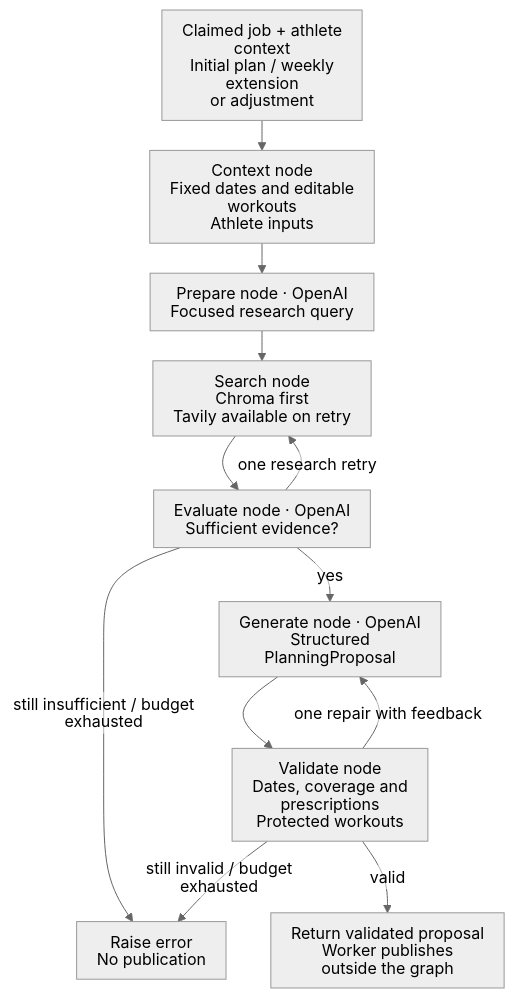
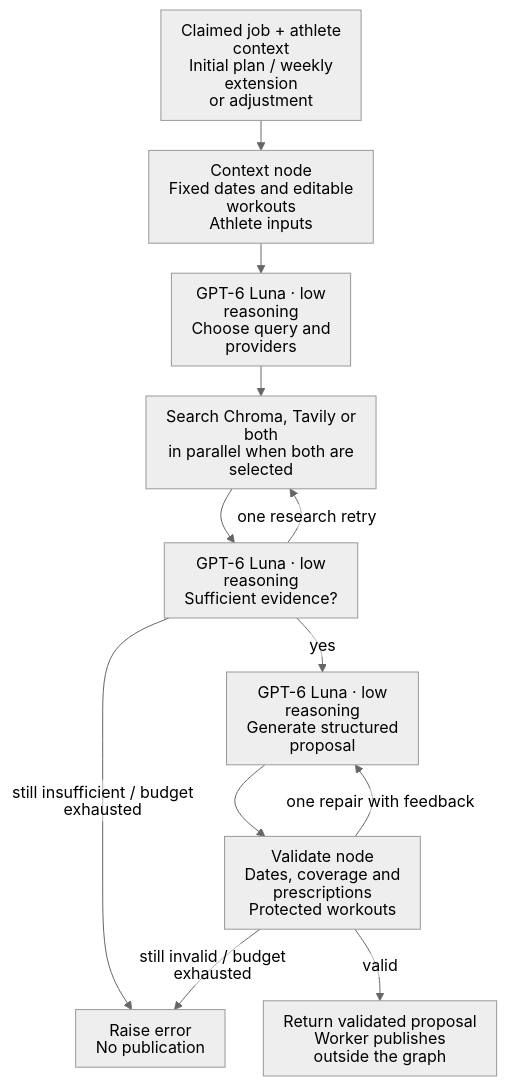
One commit to xurichard19/strength-and-conditioning-rag changed the fourth of 5 diagrams in README.md. Above: the diagram before and after it, drawn with Mermaid (neutral theme). The commit also changed other lines of this file, not shown here.

First line of the commit message:
Update architecture and local setup docs

````diff
--- a/README.md
+++ b/README.md
@@ -122,23 +135,23 @@
 ```mermaid
 ---
 config:
   htmlLabels: false
   flowchart:
     htmlLabels: false
     nodeSpacing: 30
     rankSpacing: 30
     padding: 10
 ---
 flowchart TB
     Request["Claimed job + athlete context<br/>Initial plan / weekly extension<br/>or adjustment"] --> Context["Context node<br/>Fixed dates and editable workouts<br/>Athlete inputs"]
-    Context --> Prepare["Prepare node · OpenAI<br/>Focused research query"]
-    Prepare --> Search["Search node<br/>Chroma first<br/>Tavily available on retry"]
-    Search --> Evaluate["Evaluate node · OpenAI<br/>Sufficient evidence?"]
-    Evaluate -->|yes| Generate["Generate node · OpenAI<br/>Structured PlanningProposal"]
+    Context --> Prepare["GPT-6 Luna · low reasoning<br/>Choose query and providers"]
+    Prepare --> Search["Search Chroma, Tavily or both<br/>in parallel when both are selected"]
+    Search --> Evaluate["GPT-6 Luna · low reasoning<br/>Sufficient evidence?"]
+    Evaluate -->|yes| Generate["GPT-6 Luna · low reasoning<br/>Generate structured proposal"]
     Evaluate -->|one research retry| Search
     Evaluate -->|still insufficient / budget exhausted| Fail["Raise error<br/>No publication"]
     Generate --> Validate["Validate node<br/>Dates, coverage and prescriptions<br/>Protected workouts"]
     Validate -->|one repair with feedback| Generate
     Validate -->|still invalid / budget exhausted| Fail
     Validate -->|valid| Plan["Return validated proposal<br/>Worker publishes<br/>outside the graph"]
 ```
````
